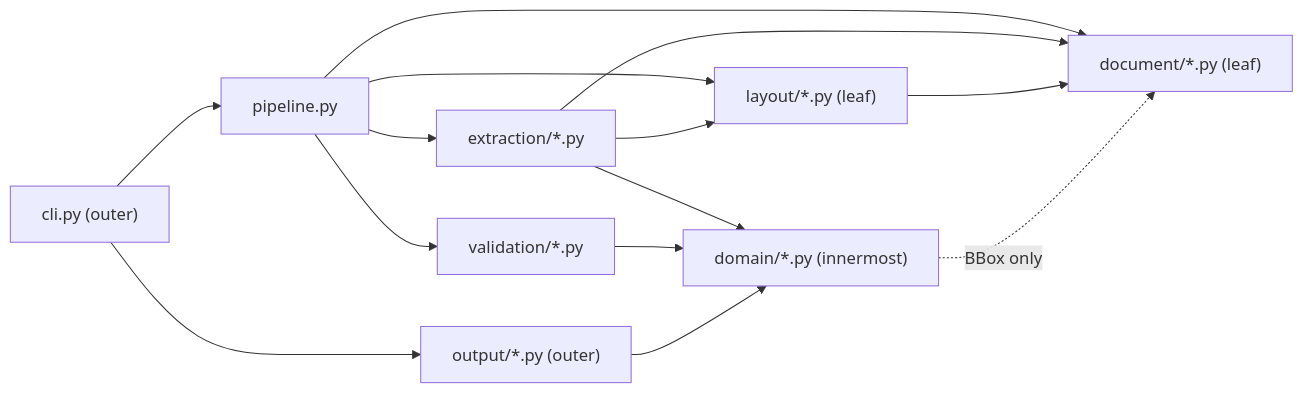
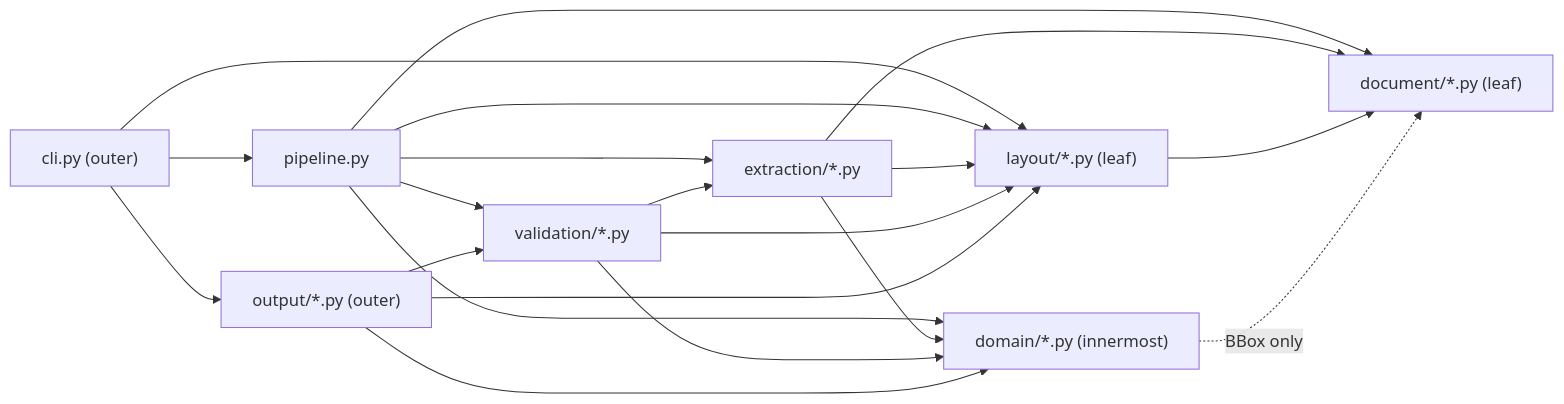
One commit to lorenzo265/Invoice_Extract changed the third of 3 diagrams in docs/ARCHITECTURE.md. Above: the diagram before and after it, drawn with Mermaid. The commit also changed other lines of this file and 4 other files, not shown here.

````diff
--- a/docs/ARCHITECTURE.md
+++ b/docs/ARCHITECTURE.md
@@ -202,10 +212,10 @@
 ```mermaid
 flowchart LR
-    CLI["cli.py (outer)"] --> PIPE["pipeline.py"] & OUT["output/*.py (outer)"]
-    PIPE --> EXT["extraction/*.py"] & VAL["validation/*.py"] & DOC["document/*.py (leaf)"] & LAY["layout/*.py (leaf)"]
-    EXT --> DOC & LAY & DOM["domain/*.py (innermost)"]
-    VAL --> DOM
-    OUT --> DOM
+    CLI["cli.py (outer)"] --> PIPE["pipeline.py"] & OUT["output/*.py (outer)"] & LAY["layout/*.py (leaf)"]
+    PIPE --> EXT["extraction/*.py"] & VAL["validation/*.py"] & DOC["document/*.py (leaf)"] & LAY & DOM["domain/*.py (innermost)"]
+    EXT --> DOC & LAY & DOM
+    VAL --> DOM & LAY & EXT
+    OUT --> DOM & LAY & VAL
     LAY --> DOC
     DOM -.->|"BBox only"| DOC
 ```
````
